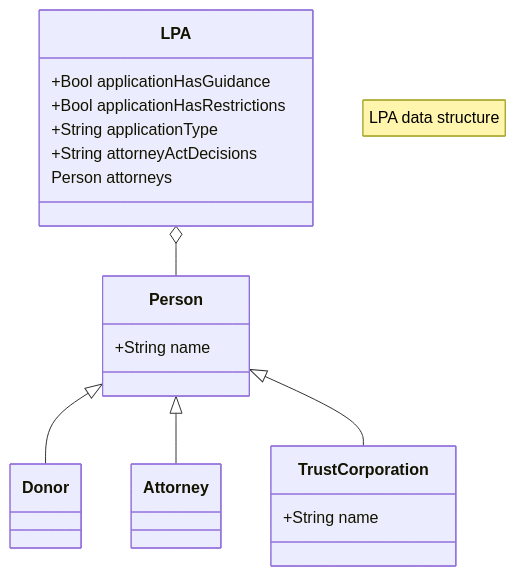
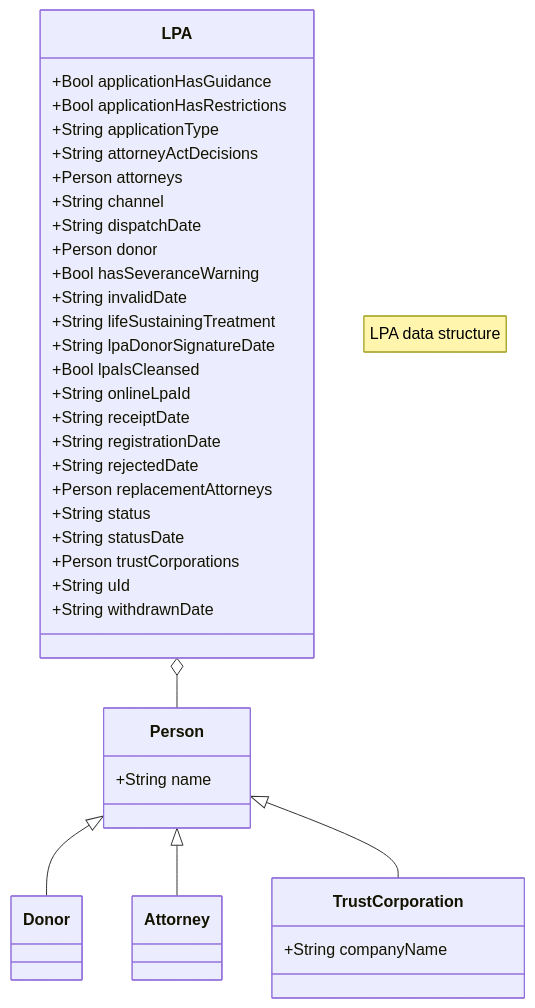
One commit to ministryofjustice/opg-use-an-lpa changed the diagram in docs/architecture/decisions/0023-lpa-data-format.md. Above: the diagram before and after it, drawn with Mermaid.

````diff
--- a/docs/architecture/decisions/0023-lpa-data-format.md
+++ b/docs/architecture/decisions/0023-lpa-data-format.md
@@ -107,26 +107,44 @@
 ```mermaid
 classDiagram
     note "LPA data structure"
     LPA o-- Person
     LPA : +Bool applicationHasGuidance
     LPA : +Bool applicationHasRestrictions
     LPA:  +String applicationType
     LPA : +String attorneyActDecisions
-    LPA: Person attorneys
+    LPA: +Person attorneys
+    LPA : +String channel
+    LPA : +String dispatchDate
+    LPA: +Person donor
+    LPA : +Bool hasSeveranceWarning
+    LPA: +String invalidDate
+    LPA: +String lifeSustainingTreatment
+    LPA: +String lpaDonorSignatureDate
+    LPA : +Bool lpaIsCleansed
+    LPA: +String onlineLpaId
+    LPA: +String receiptDate
+    LPA: +String registrationDate
+    LPA: +String rejectedDate
+    LPA: +Person replacementAttorneys
+    LPA: +String status
+    LPA: +String statusDate
+    LPA: +Person trustCorporations 
+    LPA: +String uId
+    LPA: +String withdrawnDate
     Person <|-- Donor
     Person <|-- Attorney
     Person <|-- TrustCorporation
     class LPA{
     }
     class Person{
         +String name
     }
     class Donor{
     }
     class Attorney{
     }
     class TrustCorporation{
-        +String name
+        +String companyName
     }
 end
 ```
````
